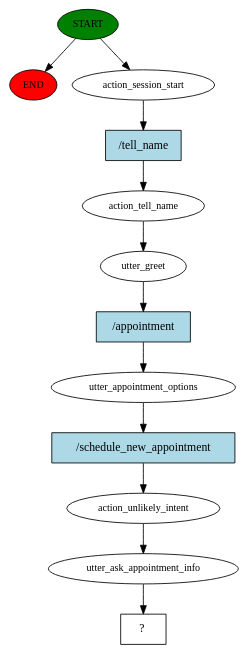
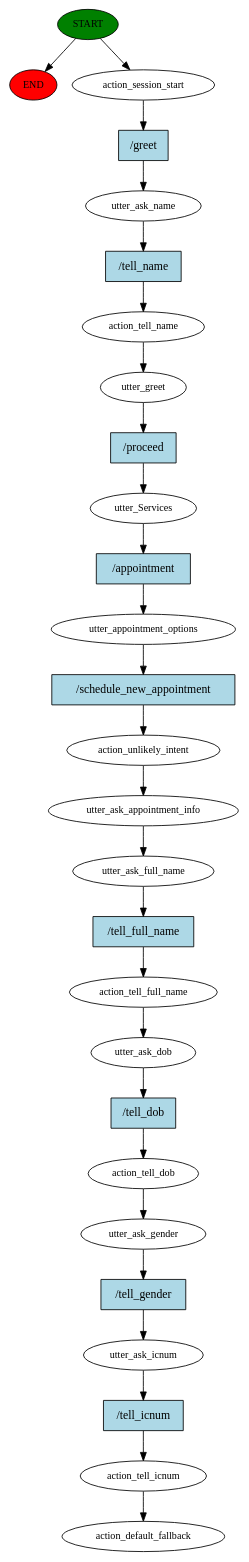
The diagram in story_graph.dot (chowdhuryshakur/pcmc_ai_bot), drawn with Graphviz before and after one commit. The commit also changed 1049 other files, not shown here.

Commit message:
latest flow change

```diff
--- a/story_graph.dot
+++ b/story_graph.dot
@@ -1,25 +1,55 @@
 digraph  {
 0 [class="start active", fillcolor=green, fontsize=12, label=START, style=filled];
 "-1" [class=end, fillcolor=red, fontsize=12, label=END, style=filled];
 1 [class=active, fontsize=12, label=action_session_start];
-2 [class=active, fontsize=12, label=action_tell_name];
-3 [class=active, fontsize=12, label=utter_greet];
-4 [class=active, fontsize=12, label=utter_appointment_options];
-5 [class=active, fontsize=12, label=action_unlikely_intent];
-6 [class=active, fontsize=12, label=utter_ask_appointment_info];
-7 [class="intent dashed active", label="  ?  ", shape=rect];
-8 [class="intent active", fillcolor=lightblue, label="/tell_name", shape=rect, style=filled];
-9 [class="intent active", fillcolor=lightblue, label="/appointment", shape=rect, style=filled];
-10 [class="intent active", fillcolor=lightblue, label="/schedule_new_appointment", shape=rect, style=filled];
+2 [class=active, fontsize=12, label=utter_ask_name];
+3 [class=active, fontsize=12, label=action_tell_name];
+4 [class=active, fontsize=12, label=utter_greet];
+5 [class=active, fontsize=12, label=utter_Services];
+6 [class=active, fontsize=12, label=utter_appointment_options];
+7 [class=active, fontsize=12, label=action_unlikely_intent];
+8 [class=active, fontsize=12, label=utter_ask_appointment_info];
+9 [class=active, fontsize=12, label=utter_ask_full_name];
+10 [class=active, fontsize=12, label=action_tell_full_name];
+11 [class=active, fontsize=12, label=utter_ask_dob];
+12 [class=active, fontsize=12, label=action_tell_dob];
+13 [class=active, fontsize=12, label=utter_ask_gender];
+14 [class=active, fontsize=12, label=utter_ask_icnum];
+15 [class=active, fontsize=12, label=action_tell_icnum];
+16 [class="dashed active", fontsize=12, label=action_default_fallback];
+17 [class="intent active", fillcolor=lightblue, label="/greet", shape=rect, style=filled];
+18 [class="intent active", fillcolor=lightblue, label="/tell_name", shape=rect, style=filled];
+19 [class="intent active", fillcolor=lightblue, label="/proceed", shape=rect, style=filled];
+20 [class="intent active", fillcolor=lightblue, label="/appointment", shape=rect, style=filled];
+21 [class="intent active", fillcolor=lightblue, label="/schedule_new_appointment", shape=rect, style=filled];
+22 [class="intent active", fillcolor=lightblue, label="/tell_full_name", shape=rect, style=filled];
+23 [class="intent active", fillcolor=lightblue, label="/tell_dob", shape=rect, style=filled];
+24 [class="intent active", fillcolor=lightblue, label="/tell_gender", shape=rect, style=filled];
+25 [class="intent active", fillcolor=lightblue, label="/tell_icnum", shape=rect, style=filled];
 0 -> "-1"  [class="", key=NONE, label=""];
 0 -> 1  [class=active, key=NONE, label=""];
-1 -> 8  [class=active, key=0];
-2 -> 3  [class=active, key=NONE, label=""];
-3 -> 9  [class=active, key=0];
-4 -> 10  [class=active, key=0];
-5 -> 6  [class=active, key=NONE, label=""];
-6 -> 7  [class=active, key=NONE, label=""];
-8 -> 2  [class=active, key=0];
-9 -> 4  [class=active, key=0];
-10 -> 5  [class=active, key=0];
+1 -> 17  [class=active, key=0];
+2 -> 18  [class=active, key=0];
+3 -> 4  [class=active, key=NONE, label=""];
+4 -> 19  [class=active, key=0];
+5 -> 20  [class=active, key=0];
+6 -> 21  [class=active, key=0];
+7 -> 8  [class=active, key=NONE, label=""];
+8 -> 9  [class=active, key=NONE, label=""];
+9 -> 22  [class=active, key=0];
+10 -> 11  [class=active, key=NONE, label=""];
+11 -> 23  [class=active, key=0];
+12 -> 13  [class=active, key=NONE, label=""];
+13 -> 24  [class=active, key=0];
+14 -> 25  [class=active, key=0];
+15 -> 16  [class=active, key=NONE, label=""];
+17 -> 2  [class=active, key=0];
+18 -> 3  [class=active, key=0];
+19 -> 5  [class=active, key=0];
+20 -> 6  [class=active, key=0];
+21 -> 7  [class=active, key=0];
+22 -> 10  [class=active, key=0];
+23 -> 12  [class=active, key=0];
+24 -> 14  [class=active, key=0];
+25 -> 15  [class=active, key=0];
 }
```
